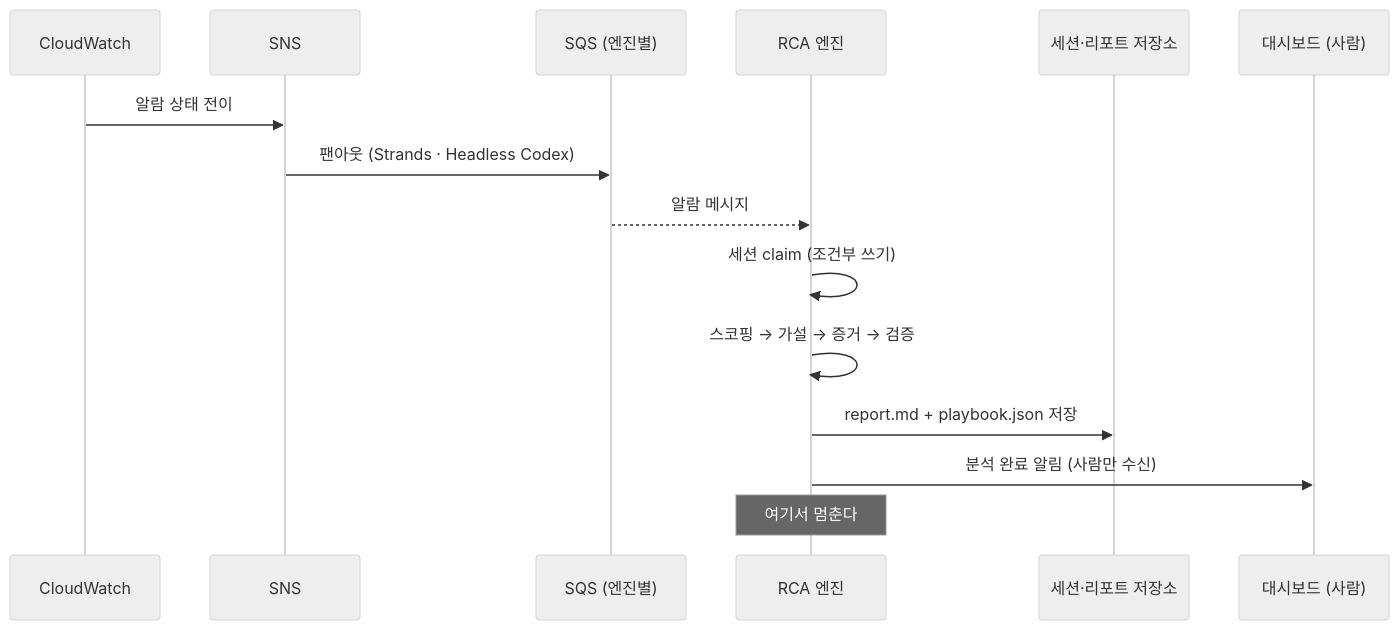
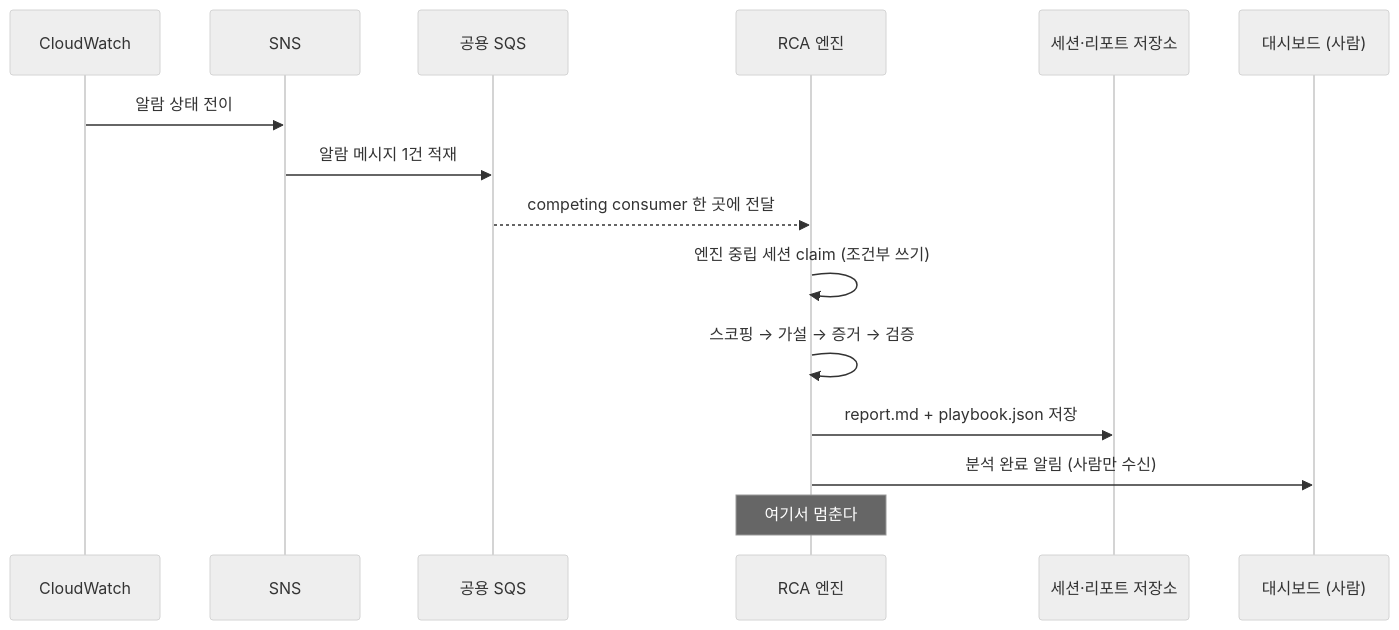
One commit to haandol/rca-agent changed the second of 4 diagrams in docs/rca-to-remediation-flow.md. Above: the diagram before and after it, drawn with Mermaid (neutral theme). The commit also changed other lines of this file and 45 other files, not shown here.

````diff
--- a/docs/rca-to-remediation-flow.md
+++ b/docs/rca-to-remediation-flow.md
@@ -67,18 +68,18 @@
 ```mermaid
 sequenceDiagram
     participant CW as CloudWatch
     participant SNS as SNS
-    participant SQS as SQS (엔진별)
+    participant SQS as 공용 SQS
     participant ENG as RCA 엔진
     participant ST as 세션·리포트 저장소
     participant U as 대시보드 (사람)
 
     CW->>SNS: 알람 상태 전이
-    SNS->>SQS: 팬아웃 (Strands · Headless Codex)
-    SQS-->>ENG: 알람 메시지
-    ENG->>ENG: 세션 claim (조건부 쓰기)
+    SNS->>SQS: 알람 메시지 1건 적재
+    SQS-->>ENG: competing consumer 한 곳에 전달
+    ENG->>ENG: 엔진 중립 세션 claim (조건부 쓰기)
     ENG->>ENG: 스코핑 → 가설 → 증거 → 검증
     ENG->>ST: report.md + playbook.json 저장
     ENG->>U: 분석 완료 알림 (사람만 수신)
     Note over ENG: 여기서 멈춘다
 ```
````
